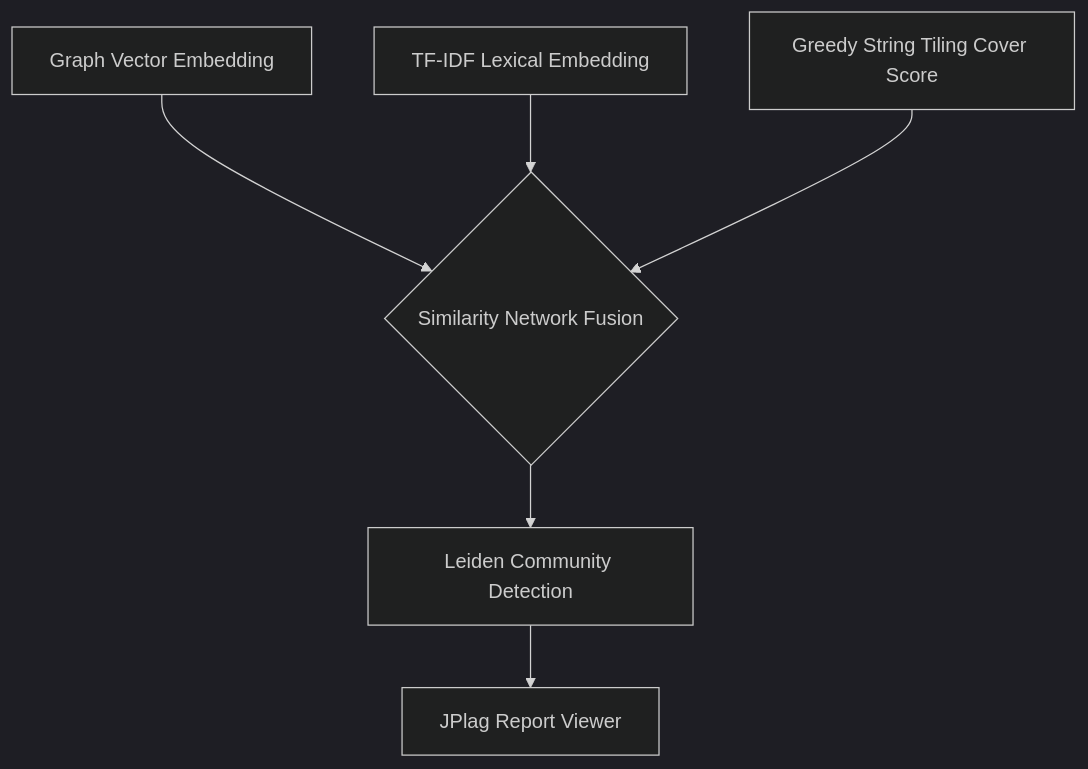
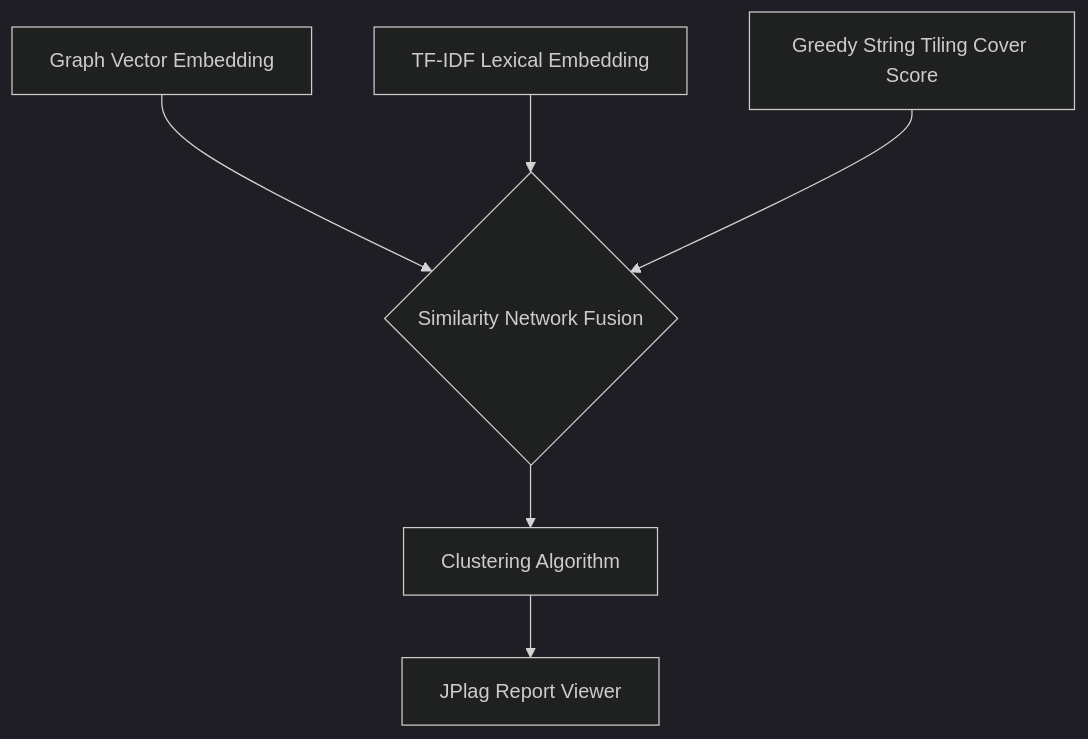
One commit to akanksh-ch/Collusion-Detection-Software changed the diagram in README.md. Above: the diagram before and after it, drawn with Mermaid (dark theme). The commit also changed other lines of this file, not shown here.

````diff
--- a/README.md
+++ b/README.md
@@ -3,13 +5,8 @@
 ```mermaid
 graph TD
-    %% Input Signals
     A[Graph Vector Embedding] --> D{Similarity Network Fusion}
     B[TF-IDF Lexical Embedding] --> D
     C[Greedy String Tiling Cover Score] --> D
-
-    %% Processing Pipeline
-    D --> E[Leiden Community Detection]
-
-    %% Output
+    D --> E[Clustering Algorithm]
     E --> F[JPlag Report Viewer]
 ```
````
